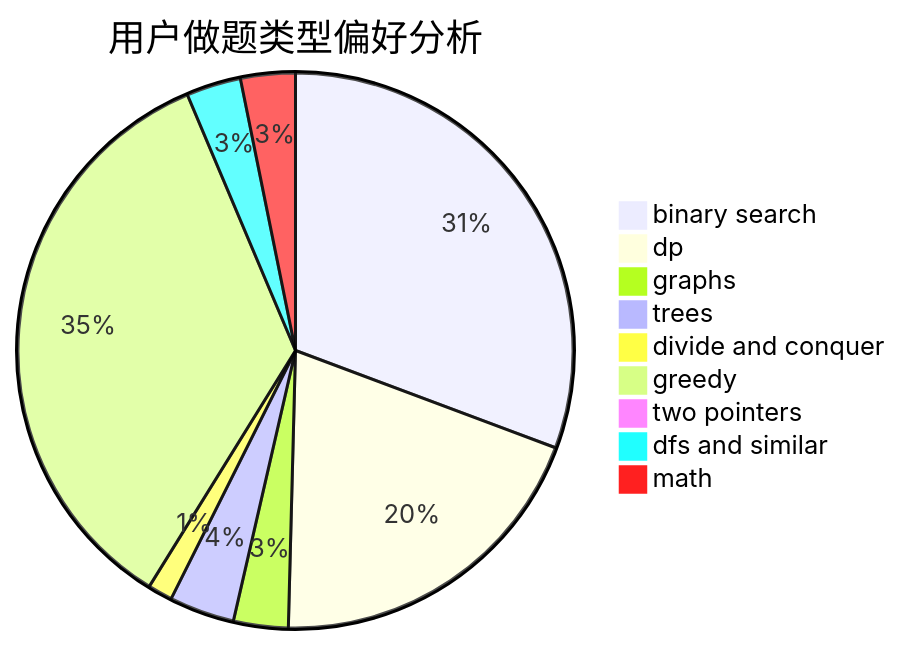
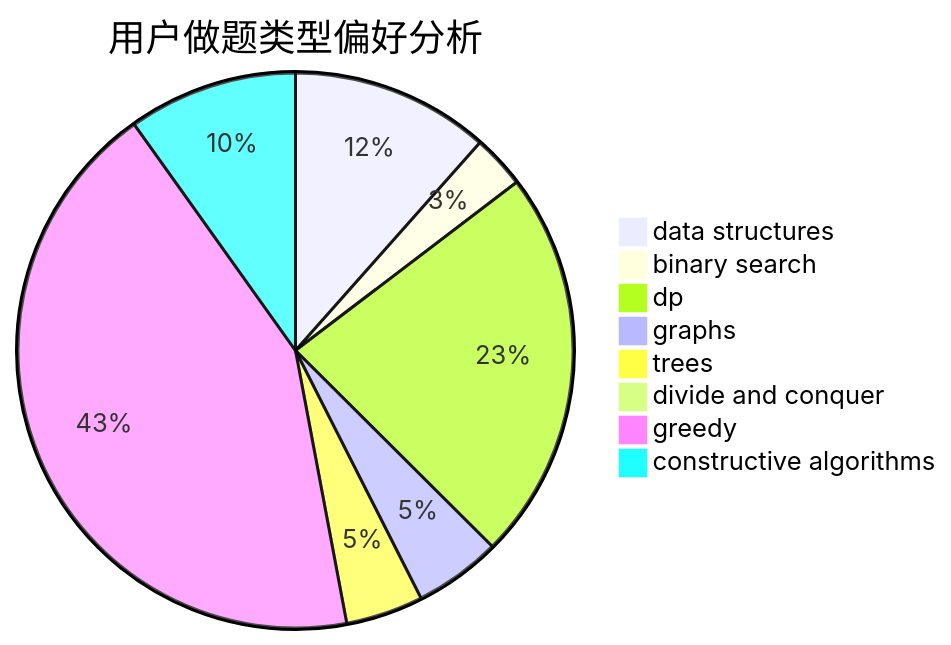
The second of 3 diagrams in docs/user/u2214.md (sherpahu/cfrs.github.io), drawn with Mermaid before and after one commit. The commit also changed other lines of this file and 2775 other files, not shown here.

````diff
--- a/docs/user/u2214.md
+++ b/docs/user/u2214.md
@@ -23,12 +23,11 @@
 ```mermaid
 pie title 用户做题类型偏好分析
-    "binary search" :  299
-    "dp" :  192
-    "graphs" :  31
-    "trees" :  37
-    "divide and conquer" :  14
-    "greedy" :  339
-    "two pointers" :  5
-    "dfs and similar" :  31
-    "math" :  31
+    "data structures" :  41
+    "binary search" :  11
+    "dp" :  81
+    "graphs" :  18
+    "trees" :  16
+    "divide and conquer" :  0
+    "greedy" :  153
+    "constructive algorithms" :  35
 ```
````
